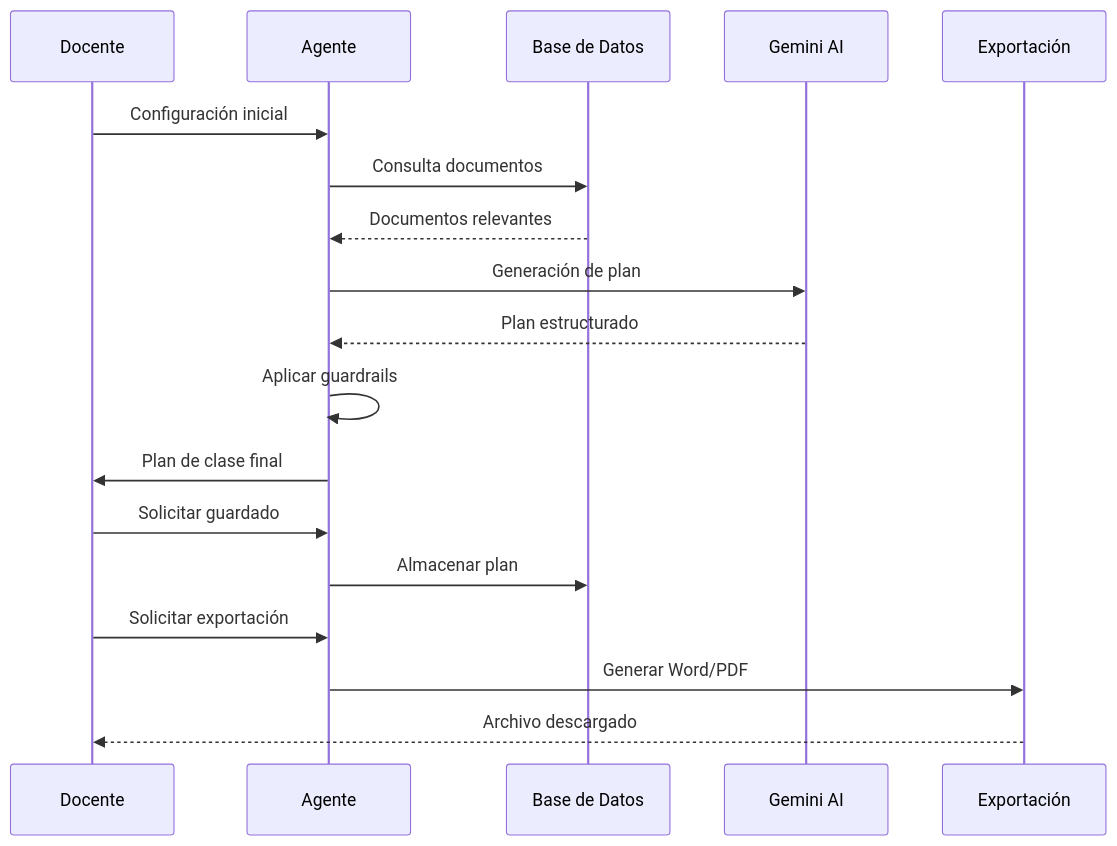
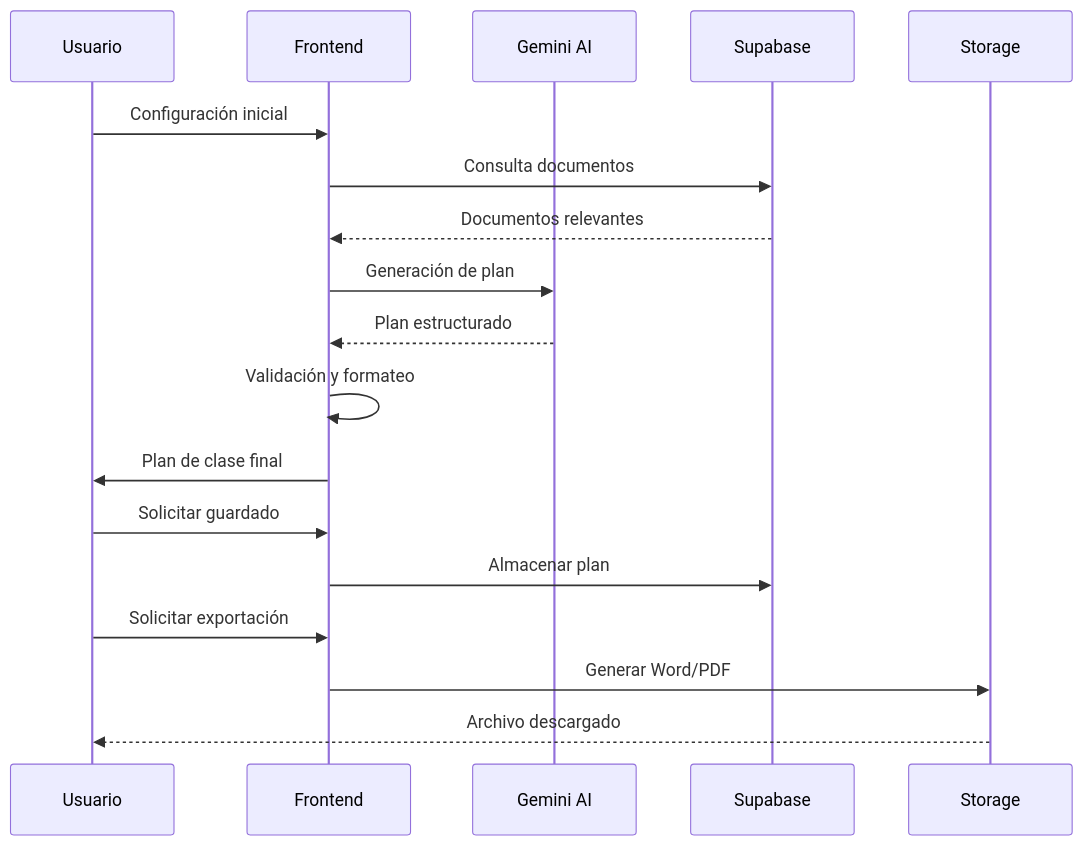
Before and after one commit to Curriaga2002/tutor-agente-ia: the second of 6 diagrams in README.md, drawn with Mermaid. The commit also changed other lines of this file and 101 other files, not shown here.

````diff
--- a/README.md
+++ b/README.md
@@ -120,21 +85,21 @@
 ```mermaid
 sequenceDiagram
-    participant D as Docente
-    participant A as Agente
-    participant DB as Base de Datos
-    participant G as Gemini AI
-    participant E as Exportación
+    participant U as Usuario
+    participant F as Frontend
+    participant AI as Gemini AI
+    participant DB as Supabase
+    participant S as Storage
     
-    D->>A: Configuración inicial
-    A->>DB: Consulta documentos
-    DB-->>A: Documentos relevantes
-    A->>G: Generación de plan
-    G-->>A: Plan estructurado
-    A->>A: Aplicar guardrails
-    A->>D: Plan de clase final
-    D->>A: Solicitar guardado
-    A->>DB: Almacenar plan
-    D->>A: Solicitar exportación
-    A->>E: Generar Word/PDF
-    E-->>D: Archivo descargado
+    U->>F: Configuración inicial
+    F->>DB: Consulta documentos
+    DB-->>F: Documentos relevantes
+    F->>AI: Generación de plan
+    AI-->>F: Plan estructurado
+    F->>F: Validación y formateo
+    F->>U: Plan de clase final
+    U->>F: Solicitar guardado
+    F->>DB: Almacenar plan
+    U->>F: Solicitar exportación
+    F->>S: Generar Word/PDF
+    S-->>U: Archivo descargado
 ```
````
